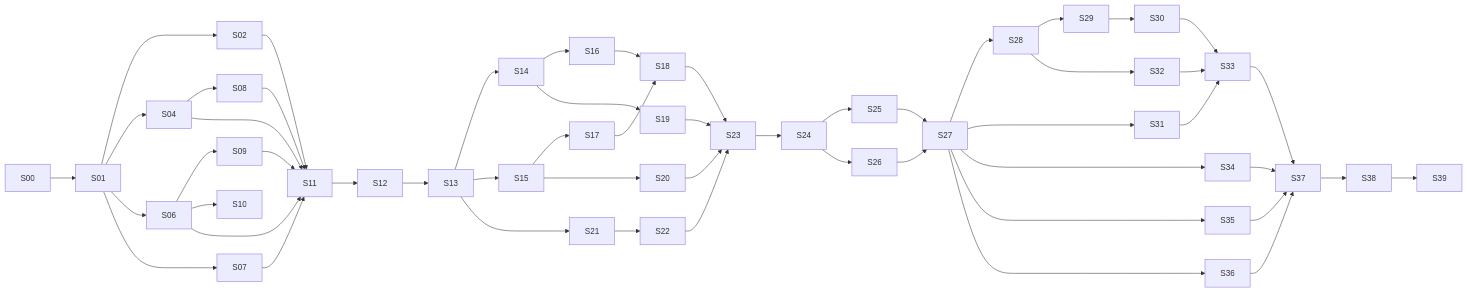
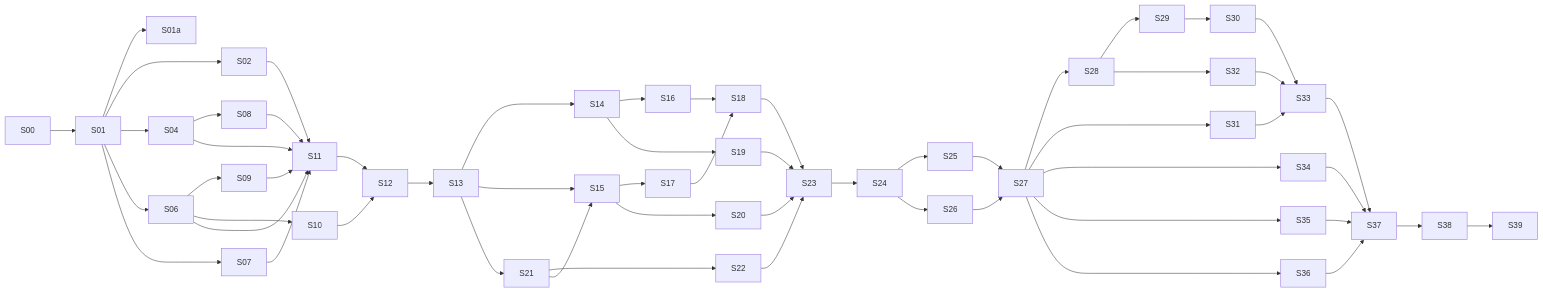
The diagram in docs/superpowers/plans/2026-11-09-hosted-migration-slices.md (FisherXZ/Sourcecado), drawn with Mermaid before and after one commit. The commit also changed other lines of this file and 3 other files, not shown here.

````diff
--- a/docs/superpowers/plans/2026-11-09-hosted-migration-slices.md
+++ b/docs/superpowers/plans/2026-11-09-hosted-migration-slices.md
@@ -56,31 +58,34 @@
 ```mermaid
 flowchart LR
   S00 --> S01
+  S01 --> S01a
   S01 --> S02
   S01 --> S04
   S01 --> S06
   S01 --> S07
   S04 --> S08
   S06 --> S09
   S06 --> S10
+  S10 --> S12
   S02 & S04 & S06 & S07 & S08 & S09 --> S11
   S11 --> S12
   S12 --> S13
   S13 --> S14 --> S16
   S13 --> S15 --> S17 --> S18
   S16 --> S18
   S14 --> S19
   S15 --> S20
   S13 --> S21 --> S22
+  S21 --> S15
   S18 & S19 & S20 & S22 --> S23
   S23 --> S24 --> S25 --> S27
   S24 --> S26 --> S27
   S27 --> S28 --> S29 --> S30
   S27 --> S31
   S28 --> S32
   S30 & S31 & S32 --> S33
   S27 --> S34
   S27 --> S35
   S27 --> S36
   S33 & S34 & S35 & S36 --> S37 --> S38 --> S39
 ```
````
